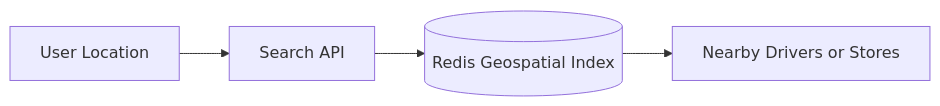
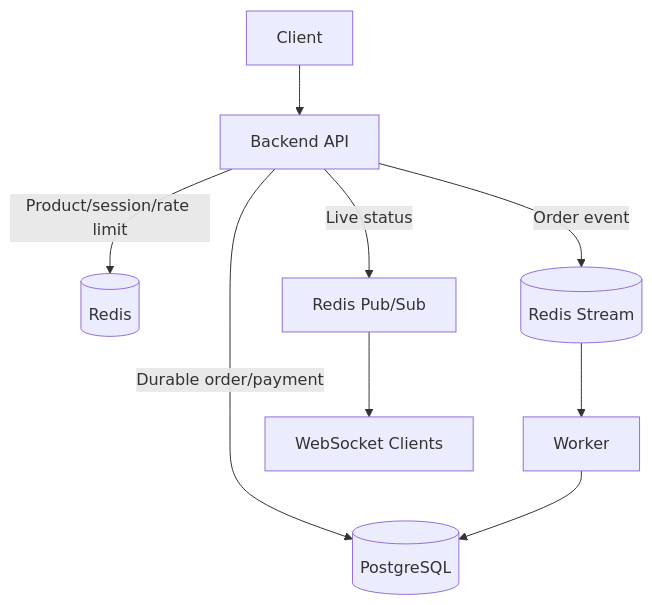
Before and after one commit to AvadhBhalodiya/Interview-Preparation: the fifth of 5 diagrams in src/content/caching/redis-use-cases.md, drawn with Mermaid. The commit also changed other lines of this file and 54 other files, not shown here.

````diff
--- a/src/content/caching/redis-use-cases.md
+++ b/src/content/caching/redis-use-cases.md
@@ -694,6 +498,11 @@
 ```mermaid
-flowchart LR
-    U[User Location] --> API[Search API]
-    API --> R[(Redis Geospatial Index)]
-    R --> N[Nearby Drivers or Stores]
+flowchart TD
+    C[Client] --> API[Backend API]
+    API -->|Product/session/rate limit| R[(Redis)]
+    API -->|Durable order/payment| DB[(PostgreSQL)]
+    API -->|Order event| S[(Redis Stream)]
+    S --> W[Worker]
+    W --> DB
+    API -->|Live status| P[Redis Pub/Sub]
+    P --> WS[WebSocket Clients]
 ```
````
